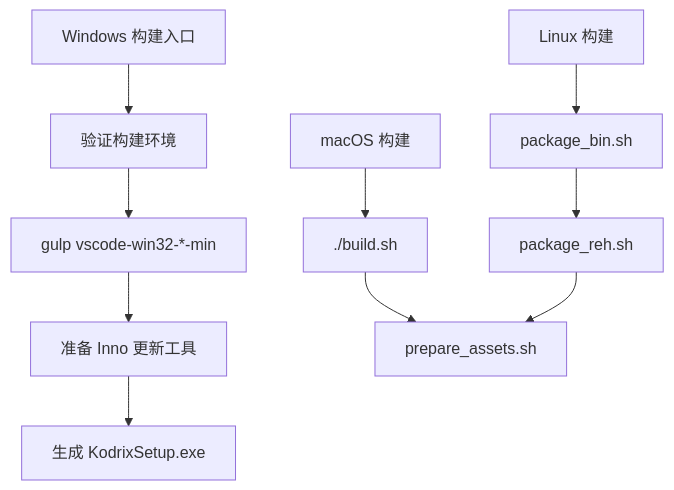
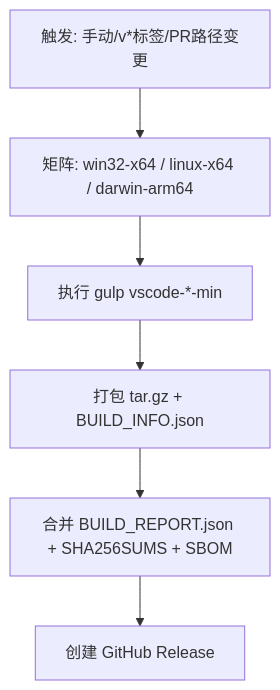
The fifth of 7 diagrams in .qoder/repowiki/zh/content/构建与部署/构建与部署.md (sofate798/KodrixCode), drawn with Mermaid before and after one commit. The commit also changed other lines of this file and 178 other files, not shown here.

````diff
--- a/.qoder/repowiki/zh/content/构建与部署/构建与部署.md
+++ b/.qoder/repowiki/zh/content/构建与部署/构建与部署.md
@@ -298,12 +186,8 @@
 ```mermaid
 flowchart TD
-WStart["Windows 构建入口"] --> CheckEnv["验证构建环境"]
-CheckEnv --> GulpMin["gulp vscode-win32-*-min"]
-GulpMin --> Inno["准备 Inno 更新工具"]
-Inno --> Setup["生成 KodrixSetup.exe"]
-MStart["macOS 构建"] --> BuildSh["./build.sh"]
-BuildSh --> Assets["prepare_assets.sh"]
-LStart["Linux 构建"] --> PkgBin["package_bin.sh"]
-PkgBin --> PkgReh["package_reh.sh"]
-PkgReh --> Assets
+Trigger["触发: 手动/v*标签/PR路径变更"] --> Matrix["矩阵: win32-x64 / linux-x64 / darwin-arm64"]
+Matrix --> Build["执行 gulp vscode-*-min"]
+Build --> Pack["打包 tar.gz + BUILD_INFO.json"]
+Pack --> Report["合并 BUILD_REPORT.json + SHA256SUMS + SBOM"]
+Report --> Release["创建 GitHub Release"]
 ```
````
